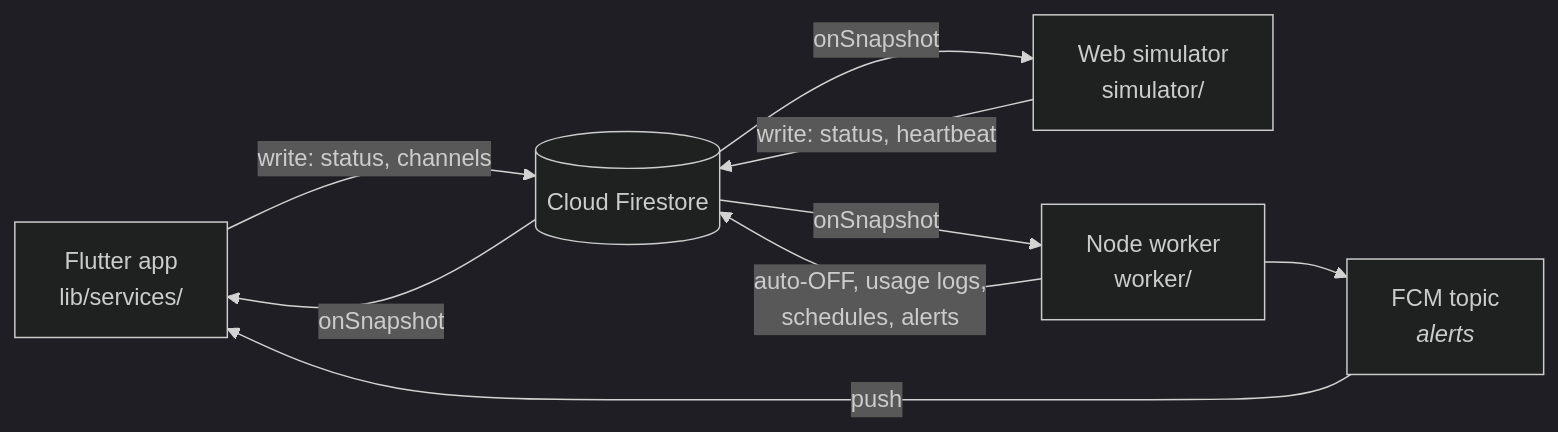
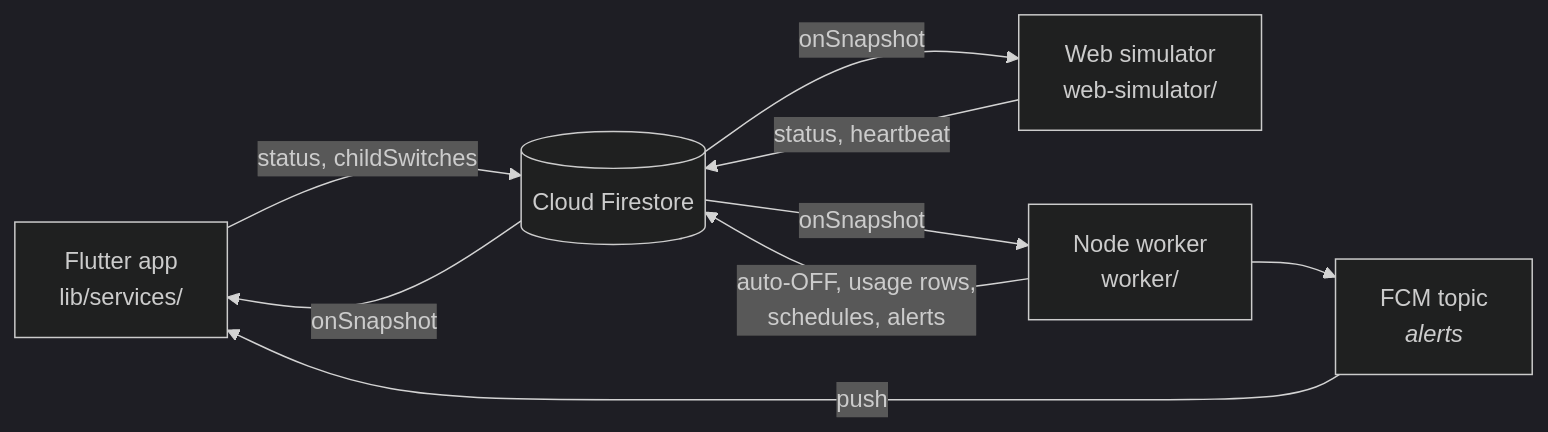
One commit to KumodhiRajapura/smart-nest-scs3311 changed the diagram in docs/MEMBER2_FIREBASE_BACKEND.md. Above: the diagram before and after it, drawn with Mermaid (dark theme). The commit also changed other lines of this file and 51 other files, not shown here.

First line of the commit message:
Merge member1 UI + align backend to the canonical schema

````diff
--- a/docs/MEMBER2_FIREBASE_BACKEND.md
+++ b/docs/MEMBER2_FIREBASE_BACKEND.md
@@ -36,17 +42,17 @@
 ```mermaid
 graph LR
   APP["Flutter app<br/>lib/services/"]
-  SIM["Web simulator<br/>simulator/"]
+  SIM["Web simulator<br/>web-simulator/"]
   FS[("Cloud Firestore")]
   WK["Node worker<br/>worker/"]
   FCM["FCM topic<br/><i>alerts</i>"]
 
-  APP -- "write: status, channels" --> FS
+  APP -- "status, childSwitches" --> FS
   FS -- "onSnapshot" --> APP
-  SIM -- "write: status, heartbeat" --> FS
+  SIM -- "status, heartbeat" --> FS
   FS -- "onSnapshot" --> SIM
   FS -- "onSnapshot" --> WK
-  WK -- "auto-OFF, usage logs,<br/>schedules, alerts" --> FS
+  WK -- "auto-OFF, usage rows,<br/>schedules, alerts" --> FS
   WK --> FCM
   FCM -- "push" --> APP
 ```
````
